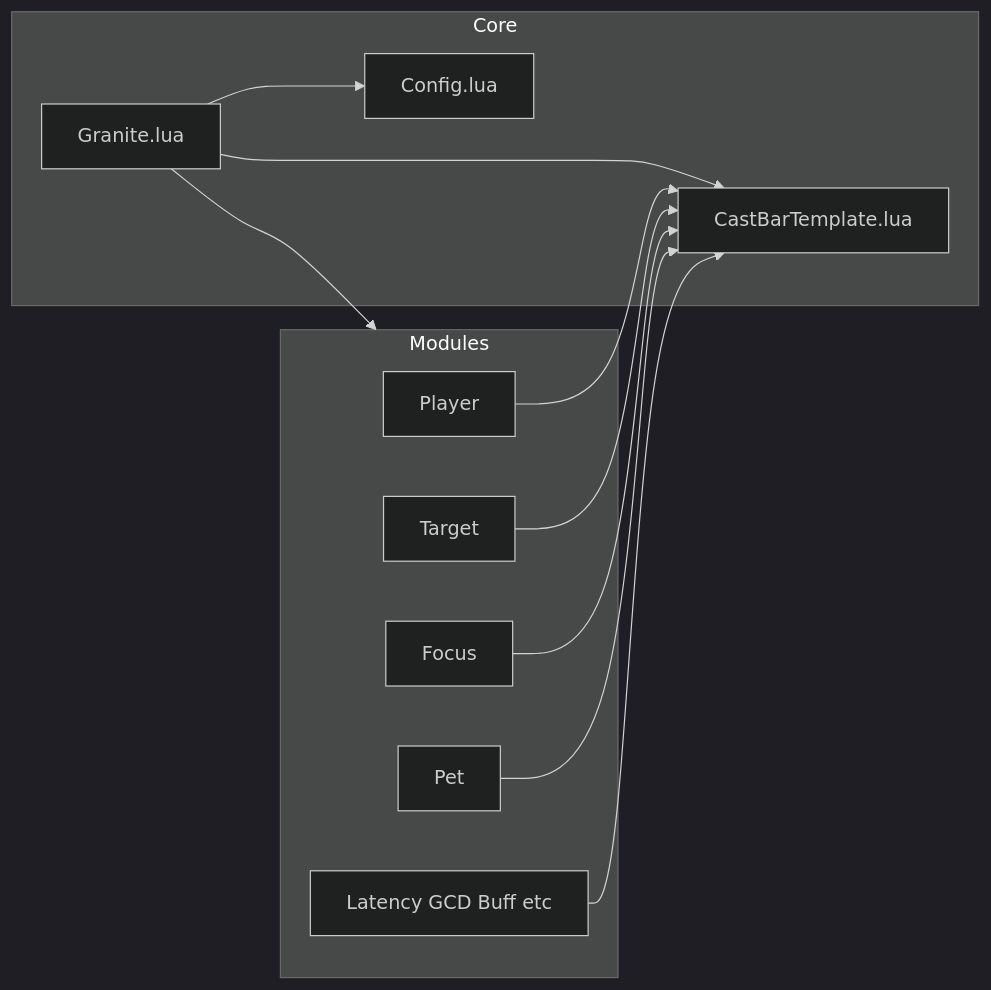
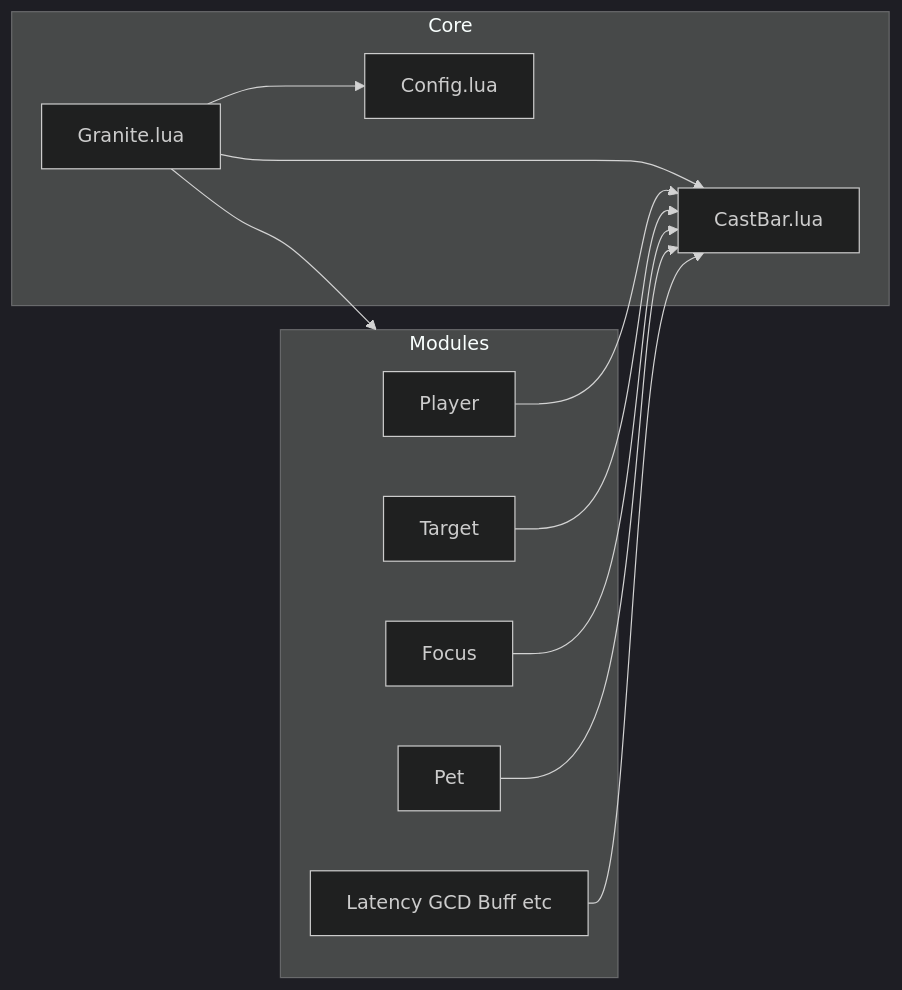
One commit to Thaonnor/Granite changed the diagram in PLAN.md. Above: the diagram before and after it, drawn with Mermaid (dark theme). The commit also changed other lines of this file and 3 other files, not shown here.

Commit message:
Implement basic player cast bar

````diff
--- a/PLAN.md
+++ b/PLAN.md
@@ -100,23 +100,23 @@
 ```mermaid
 flowchart LR
   subgraph core [Core]
     Granite[Granite.lua]
     Config[Config.lua]
-    CastBarTemplate[CastBarTemplate.lua]
+    CastBar[CastBar.lua]
   end
   subgraph mods [Modules]
     Player[Player]
     Target[Target]
     Focus[Focus]
     Pet[Pet]
     Other[Latency GCD Buff etc]
   end
   Granite --> Config
-  Granite --> CastBarTemplate
+  Granite --> CastBar
   Granite --> mods
-  Player --> CastBarTemplate
-  Target --> CastBarTemplate
-  Focus --> CastBarTemplate
-  Pet --> CastBarTemplate
-  Other --> CastBarTemplate
+  Player --> CastBar
+  Target --> CastBar
+  Focus --> CastBar
+  Pet --> CastBar
+  Other --> CastBar
 ```
````
